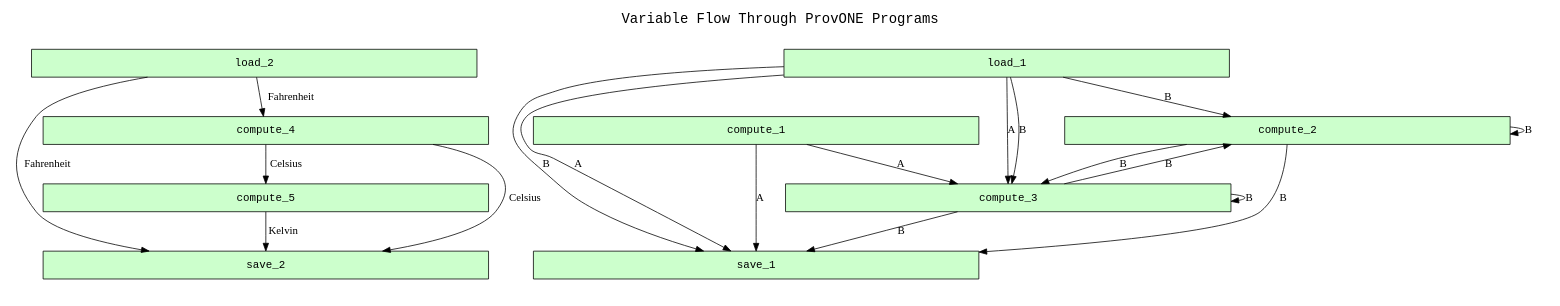
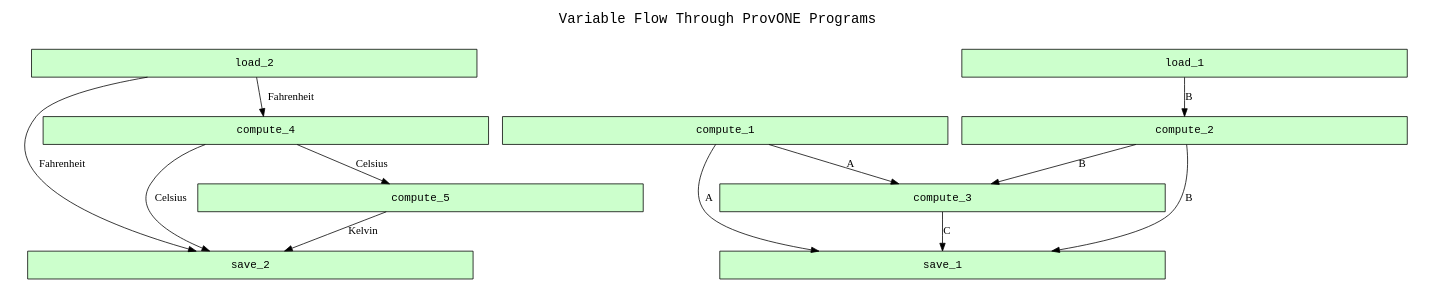
One commit to CIRSS/sdtl-provone changed the diagram in examples/06-provone-construct/outputs/GRAPH-2.gv. Above: the diagram before and after it, drawn with Graphviz. The commit also changed 5 other files, not shown here.

```diff
--- a/examples/06-provone-construct/outputs/GRAPH-2.gv
+++ b/examples/06-provone-construct/outputs/GRAPH-2.gv
@@ -1,46 +1,39 @@
 
 digraph provone_workflow {
 rankdir=TB
 
 fontname=Courier; fontsize=18; labelloc=t
 label="Variable Flow Through ProvONE Programs"
 
 subgraph cluster_program_graph { label=""; color=white; penwidth=0
 subgraph cluster_program_graph_inner { label=""; color=white
 
 # program nodes
 node[shape=box style="filled" fillcolor="#CCFFCC" peripheries=1 fontname=Courier]
 node[width=8]
 
 "http://wholetale.org/program/1119/step/1" [label="load_1"]
 "http://wholetale.org/program/1119/step/2" [label="compute_1"]
 "http://wholetale.org/program/1119/step/3" [label="compute_2"]
 "http://wholetale.org/program/1119/step/4" [label="compute_3"]
 "http://wholetale.org/program/1119/step/5" [label="load_2"]
 "http://wholetale.org/program/1119/step/6" [label="compute_4"]
 "http://wholetale.org/program/1119/step/7" [label="compute_5"]
 "http://wholetale.org/program/1119/step/8" [label="save_1"]
 "http://wholetale.org/program/1119/step/9" [label="save_2"]
 
 # dataframe channels
 "http://wholetale.org/program/1119/step/1" -> "http://wholetale.org/program/1119/step/3" [label="B"]
-"http://wholetale.org/program/1119/step/3" -> "http://wholetale.org/program/1119/step/3" [label="B"]
-"http://wholetale.org/program/1119/step/4" -> "http://wholetale.org/program/1119/step/3" [label="B"]
-"http://wholetale.org/program/1119/step/1" -> "http://wholetale.org/program/1119/step/4" [label="A"]
 "http://wholetale.org/program/1119/step/2" -> "http://wholetale.org/program/1119/step/4" [label="A"]
-"http://wholetale.org/program/1119/step/1" -> "http://wholetale.org/program/1119/step/4" [label="B"]
 "http://wholetale.org/program/1119/step/3" -> "http://wholetale.org/program/1119/step/4" [label="B"]
-"http://wholetale.org/program/1119/step/4" -> "http://wholetale.org/program/1119/step/4" [label="B"]
 "http://wholetale.org/program/1119/step/5" -> "http://wholetale.org/program/1119/step/6" [label="Fahrenheit"]
 "http://wholetale.org/program/1119/step/6" -> "http://wholetale.org/program/1119/step/7" [label="Celsius"]
-"http://wholetale.org/program/1119/step/1" -> "http://wholetale.org/program/1119/step/8" [label="A"]
 "http://wholetale.org/program/1119/step/2" -> "http://wholetale.org/program/1119/step/8" [label="A"]
-"http://wholetale.org/program/1119/step/1" -> "http://wholetale.org/program/1119/step/8" [label="B"]
 "http://wholetale.org/program/1119/step/3" -> "http://wholetale.org/program/1119/step/8" [label="B"]
-"http://wholetale.org/program/1119/step/4" -> "http://wholetale.org/program/1119/step/8" [label="B"]
+"http://wholetale.org/program/1119/step/4" -> "http://wholetale.org/program/1119/step/8" [label="C"]
 "http://wholetale.org/program/1119/step/6" -> "http://wholetale.org/program/1119/step/9" [label="Celsius"]
 "http://wholetale.org/program/1119/step/5" -> "http://wholetale.org/program/1119/step/9" [label="Fahrenheit"]
 "http://wholetale.org/program/1119/step/7" -> "http://wholetale.org/program/1119/step/9" [label="Kelvin"]
 }}
 
 }
```
